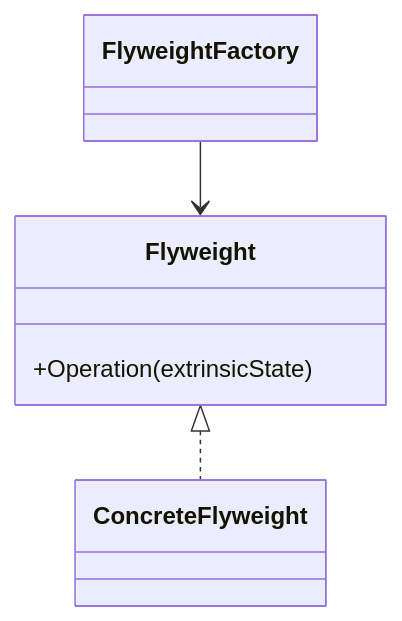
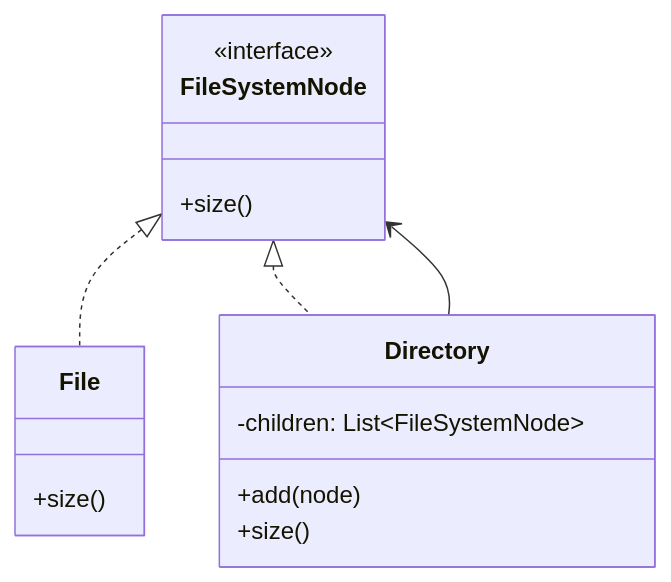
Before and after one commit to Kert0n/KPO: diagram 16 of 16 in lectures/Lec6/vitepress.md, drawn with Mermaid. The commit also changed other lines of this file and 9 other files, not shown here.

````diff
--- a/lectures/Lec6/vitepress.md
+++ b/lectures/Lec6/vitepress.md
@@ -482,10 +1369,19 @@
 ```mermaid
 classDiagram
-    class Flyweight {
-        +Operation(extrinsicState)
-    }
-    class ConcreteFlyweight
-    class FlyweightFactory
-    Flyweight <|.. ConcreteFlyweight
-    FlyweightFactory --> Flyweight
+  class FileSystemNode {
+    <<interface>>
+    +size()
+  }
+  class File {
+    +size()
+  }
+  class Directory {
+    -children: List~FileSystemNode~
+    +add(node)
+    +size()
+  }
+
+  FileSystemNode <|.. File
+  FileSystemNode <|.. Directory
+  Directory --> FileSystemNode
 ```
````
